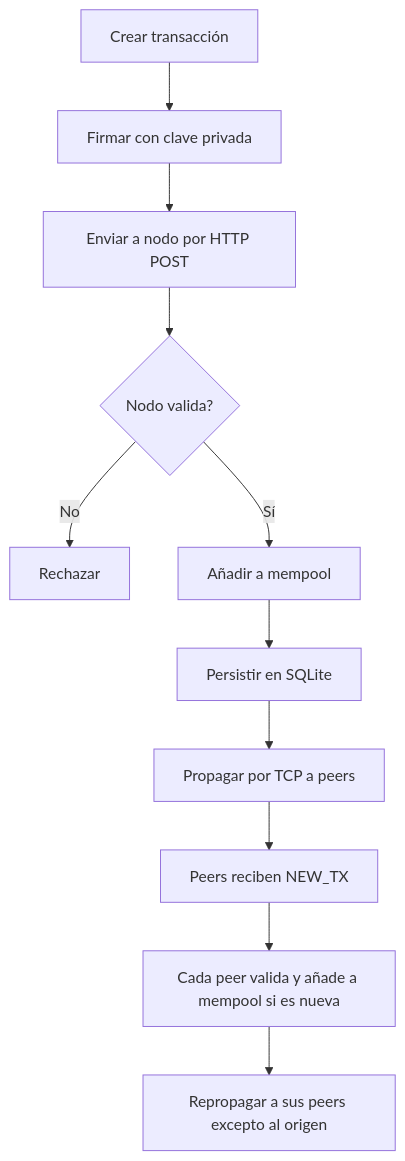
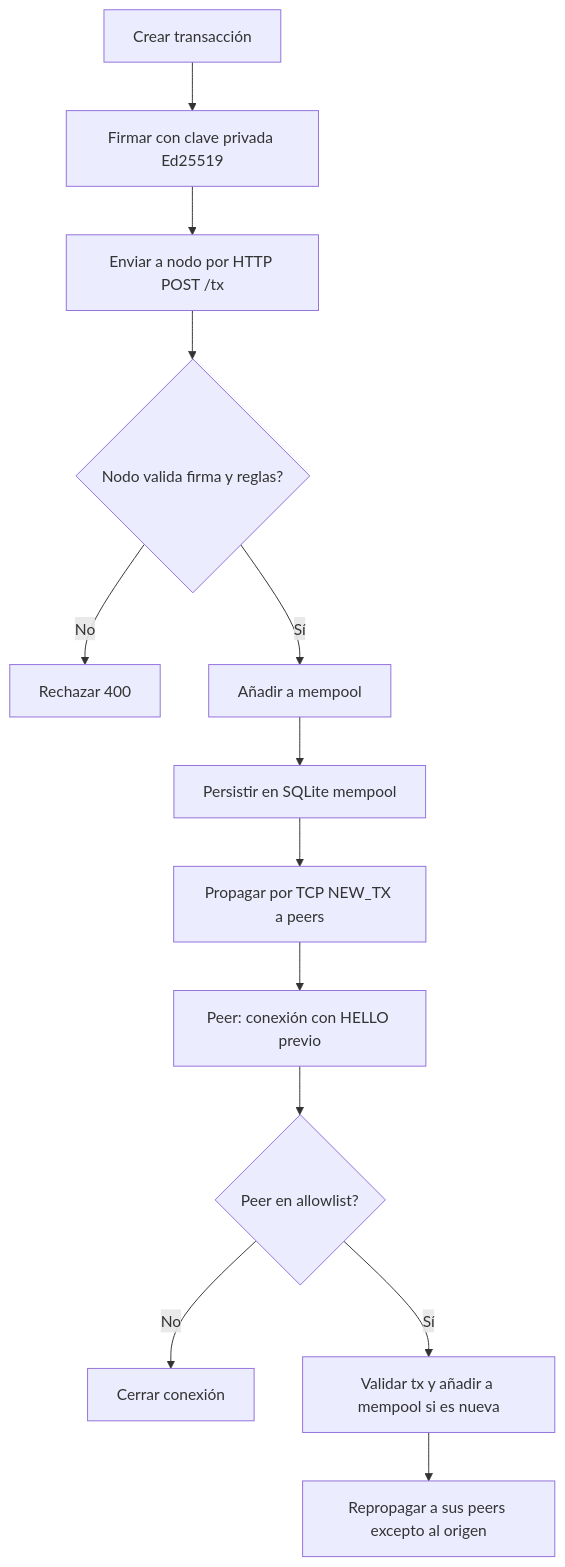
The diagram in diagramas/flujo/flujo-transaccion.mmd (Ignacio687/final_computacion_II), drawn with Mermaid before and after one commit. The commit also changed 13 other files, not shown here.

First line of the commit message:
docs(diagramas): sincronizar Mermaid y PNG con el código actual

```diff
--- a/diagramas/flujo/flujo-transaccion.mmd
+++ b/diagramas/flujo/flujo-transaccion.mmd
@@ -1,11 +1,13 @@
 flowchart TD
-  A[Crear transacción] --> B[Firmar con clave privada]
-  B --> C[Enviar a nodo por HTTP POST]
-  C --> D{Nodo valida?}
-  D -->|No| E[Rechazar]
+  A[Crear transacción] --> B[Firmar con clave privada Ed25519]
+  B --> C[Enviar a nodo por HTTP POST /tx]
+  C --> D{Nodo valida firma y reglas?}
+  D -->|No| E[Rechazar 400]
   D -->|Sí| F[Añadir a mempool]
-  F --> G[Persistir en SQLite]
-  G --> H[Propagar por TCP a peers]
-  H --> I[Peers reciben NEW_TX]
-  I --> J[Cada peer valida y añade a mempool si es nueva]
-  J --> K[Repropagar a sus peers excepto al origen]
+  F --> G[Persistir en SQLite mempool]
+  G --> H[Propagar por TCP NEW_TX a peers]
+  H --> I[Peer: conexión con HELLO previo]
+  I --> J{Peer en allowlist?}
+  J -->|No| K[Cerrar conexión]
+  J -->|Sí| L[Validar tx y añadir a mempool si es nueva]
+  L --> M[Repropagar a sus peers excepto al origen]
```
